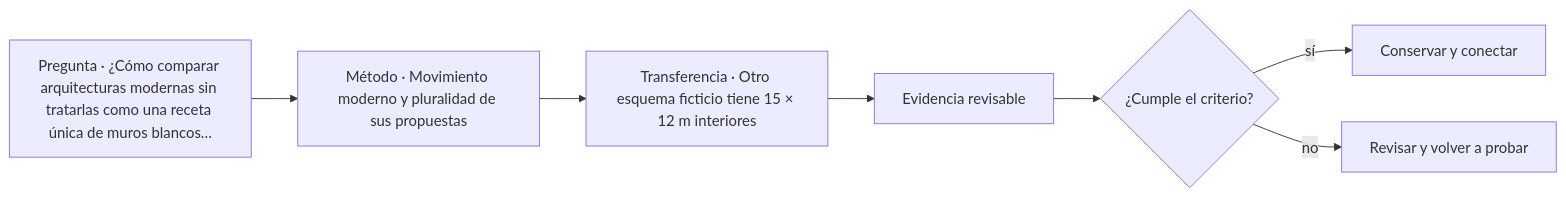
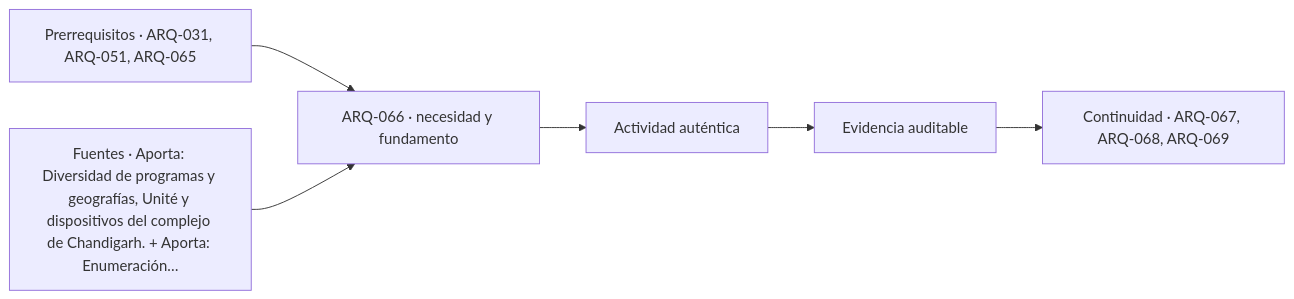
Before and after one commit to vladimiracunadev-create/architecture-built-environment-learning-program: the diagram in classes/parte-07/ARQ-066.md, drawn with Mermaid. The commit also changed other lines of this file and 761 other files, not shown here.

````diff
--- a/classes/parte-07/ARQ-066.md
+++ b/classes/parte-07/ARQ-066.md
@@ -114,9 +126,8 @@
 ```mermaid
 flowchart LR
-    Q["Pregunta · ¿Cómo comparar arquitecturas modernas sin tratarlas como una receta única de muros blancos…"] --> M["Método · Movimiento moderno y pluralidad de sus propuestas"]
-    M --> P["Transferencia · Otro esquema ficticio tiene 15 × 12 m interiores"]
-    P --> E["Evidencia revisable"]
-    E --> C{"¿Cumple el criterio?"}
-    C -->|sí| T["Conservar y conectar"]
-    C -->|no| R["Revisar y volver a probar"]
+    A["Prerrequisitos · ARQ-031, ARQ-051, ARQ-065"] --> B["ARQ-066 · necesidad y fundamento"]
+    S["Fuentes · Aporta: Diversidad de programas y geografías, Unité y dispositivos del complejo de Chandigarh. + Aporta: Enumeración…"] --> B
+    B --> C["Actividad auténtica"]
+    C --> D["Evidencia auditable"]
+    D --> E["Continuidad · ARQ-067, ARQ-068, ARQ-069"]
 ```
````
